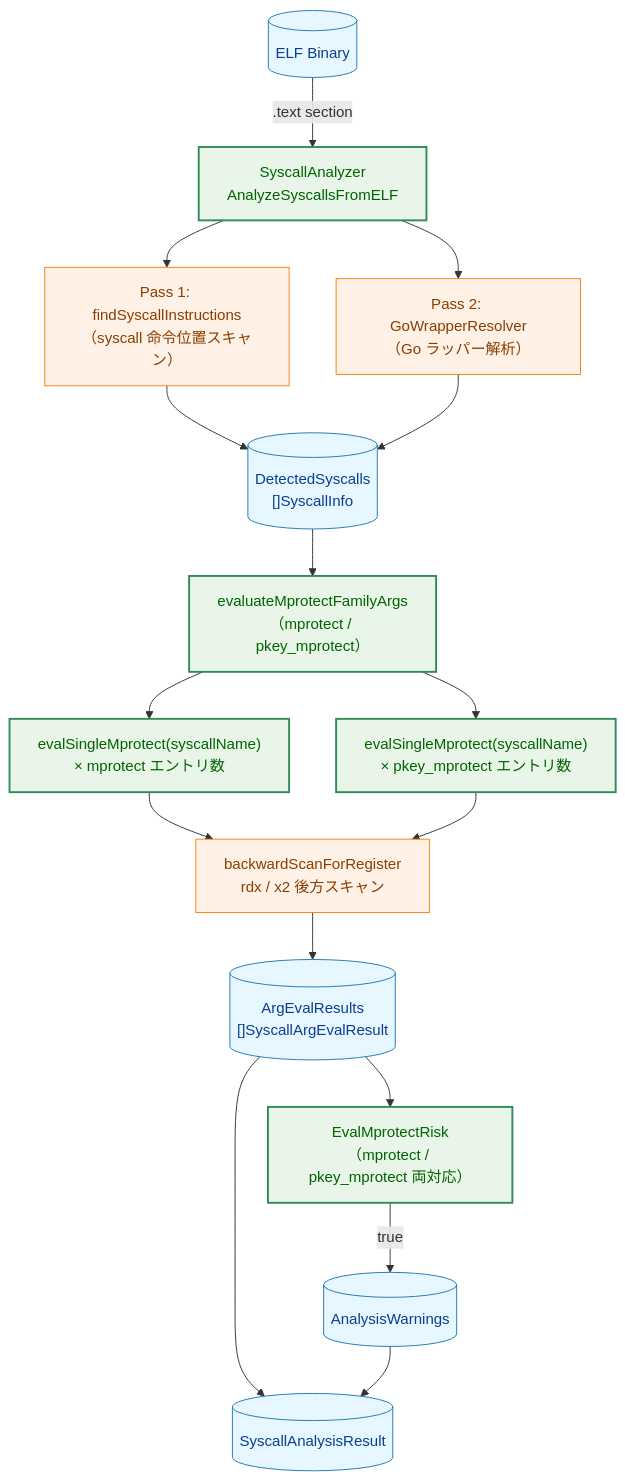
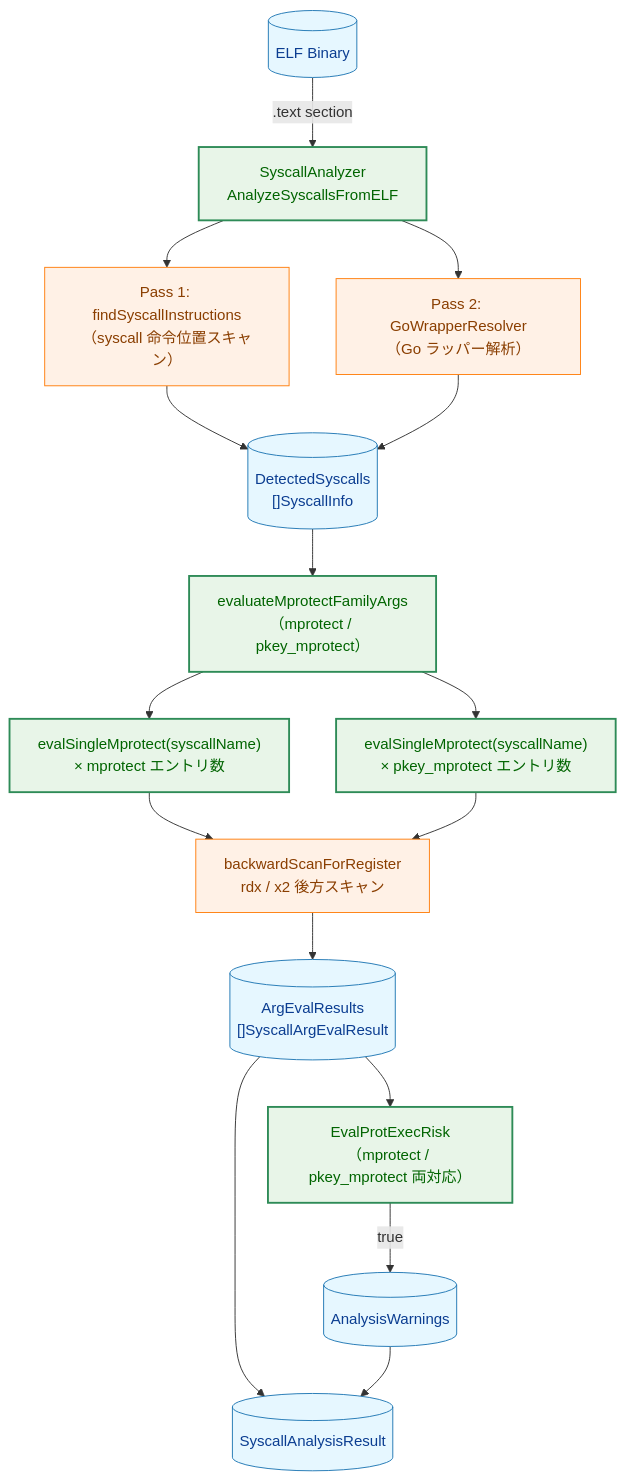
One commit to isseis/go-safe-cmd-runner changed the first of 5 diagrams in docs/tasks/0081_pkey_mprotect_detection/02_architecture.md. Above: the diagram before and after it, drawn with Mermaid. The commit also changed other lines of this file and 3 other files, not shown here.

First line of the commit message:
docs(0081): rename EvalMprotectRisk to EvalProtExecRisk

````diff
--- a/docs/tasks/0081_pkey_mprotect_detection/02_architecture.md
+++ b/docs/tasks/0081_pkey_mprotect_detection/02_architecture.md
@@ -21,26 +21,26 @@
 ```mermaid
 flowchart TD
     classDef data fill:#e6f7ff,stroke:#1f77b4,stroke-width:1px,color:#0b3d91;
     classDef process fill:#fff1e6,stroke:#ff7f0e,stroke-width:1px,color:#8a3e00;
     classDef enhanced fill:#e8f5e8,stroke:#2e8b57,stroke-width:2px,color:#006400;
 
     ELF[("ELF Binary")] -->|".text section"| SA["SyscallAnalyzer<br>AnalyzeSyscallsFromELF"]
     SA --> P1["Pass 1: findSyscallInstructions<br>（syscall 命令位置スキャン）"]
     SA --> P2["Pass 2: GoWrapperResolver<br>（Go ラッパー解析）"]
     P1 --> DS[("DetectedSyscalls<br>[]SyscallInfo")]
     P2 --> DS
     DS --> EMF["evaluateMprotectFamilyArgs<br>（mprotect / pkey_mprotect）"]
     EMF --> ESML["evalSingleMprotect(syscallName)<br>× mprotect エントリ数"]
     EMF --> ESMP["evalSingleMprotect(syscallName)<br>× pkey_mprotect エントリ数"]
     ESML --> BSR["backwardScanForRegister<br>rdx / x2 後方スキャン"]
     ESMP --> BSR
     BSR --> AER[("ArgEvalResults<br>[]SyscallArgEvalResult")]
-    AER --> EMR["EvalMprotectRisk<br>（mprotect / pkey_mprotect 両対応）"]
+    AER --> EMR["EvalProtExecRisk<br>（mprotect / pkey_mprotect 両対応）"]
     EMR -->|"true"| AW[("AnalysisWarnings")]
     AER --> RES[("SyscallAnalysisResult")]
     AW --> RES
 
     class ELF,DS,AER,AW,RES data;
     class P1,P2,BSR process;
     class SA,EMF,ESML,ESMP,EMR enhanced;
 ```
````
